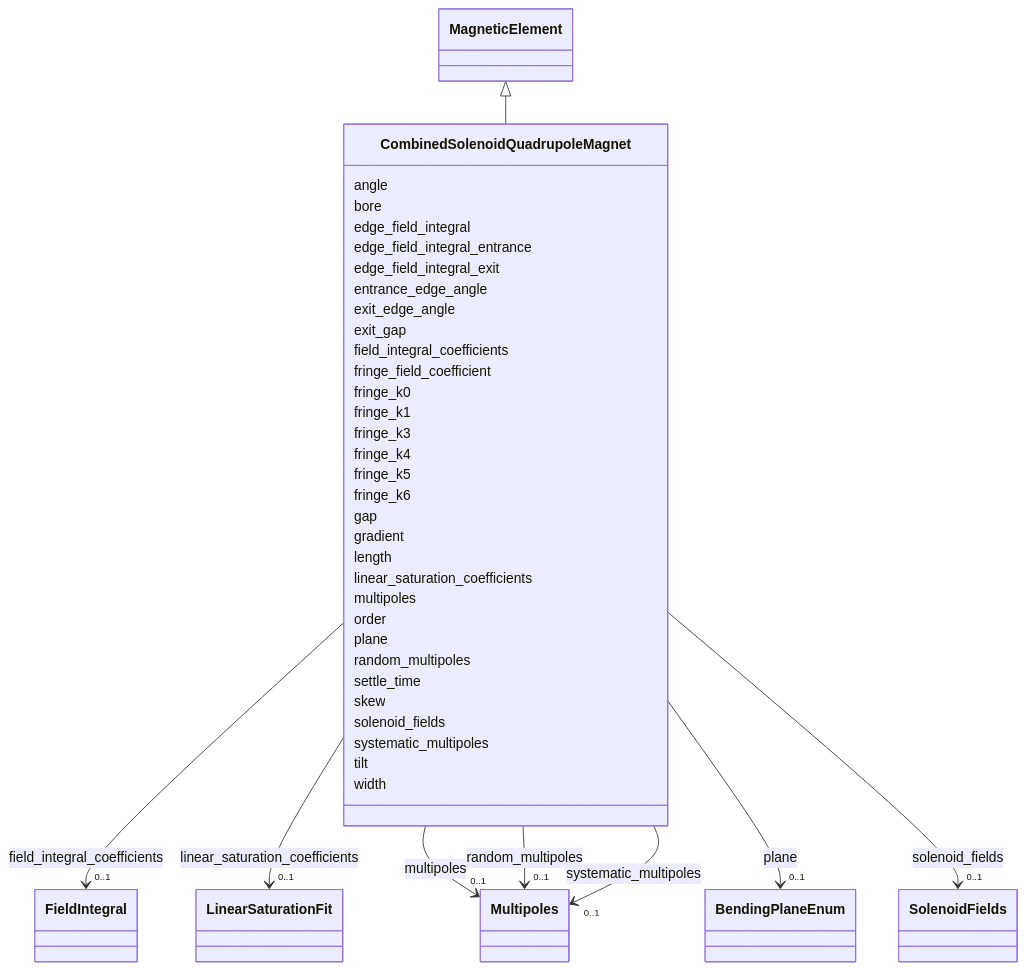
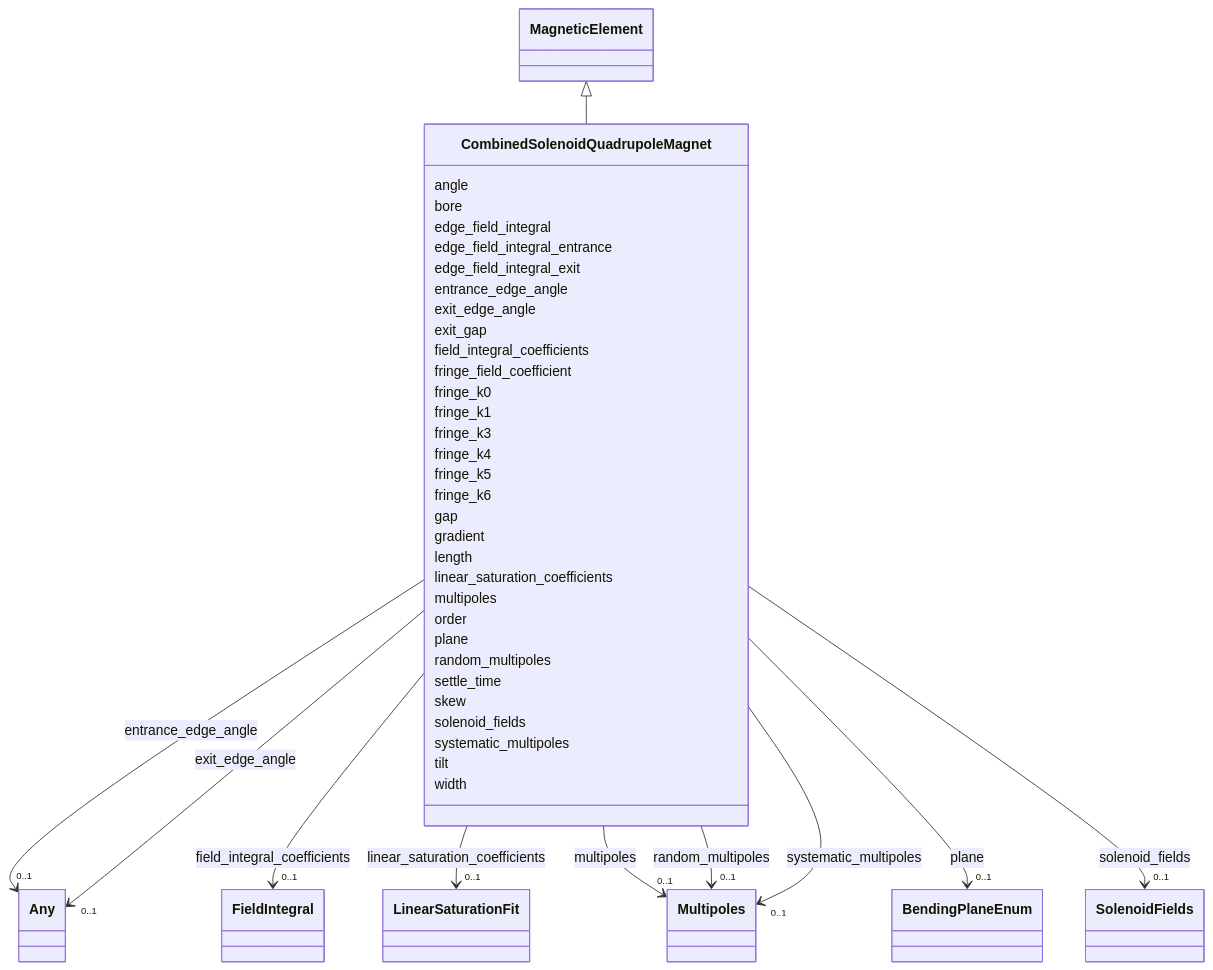
The diagram in docs/source/schema/CombinedSolenoidQuadrupoleMagnet.md (astec-stfc/laura), drawn with Mermaid before and after one commit. The commit also changed other lines of this file and 101 other files, not shown here.

Commit message:
add Any type to schema since gen-pydantic can't apply a default and this helps to pass validation to multi-types vars; add inlined to elements/sections/layouts

```diff
--- a/docs/source/schema/CombinedSolenoidQuadrupoleMagnet.md
+++ b/docs/source/schema/CombinedSolenoidQuadrupoleMagnet.md
@@ -34,7 +34,25 @@
         
       CombinedSolenoidQuadrupoleMagnet : entrance_edge_angle
         
+          
+    
+        
+        
+        CombinedSolenoidQuadrupoleMagnet --> "0..1" Any : entrance_edge_angle
+        click Any href "../Any/"
+    
+
+        
       CombinedSolenoidQuadrupoleMagnet : exit_edge_angle
+        
+          
+    
+        
+        
+        CombinedSolenoidQuadrupoleMagnet --> "0..1" Any : exit_edge_angle
+        click Any href "../Any/"
+    
+
         
       CombinedSolenoidQuadrupoleMagnet : exit_gap
         
```
